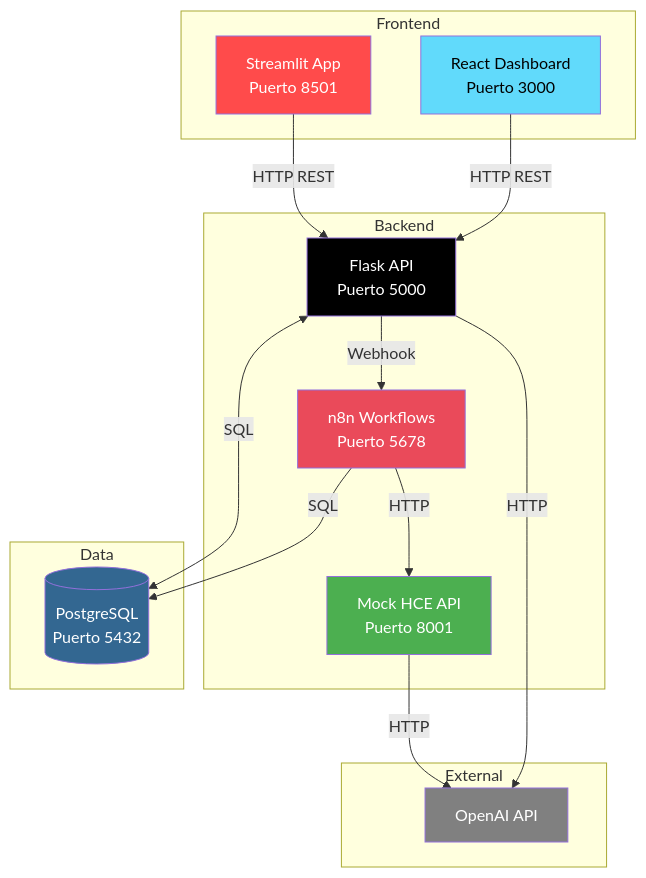
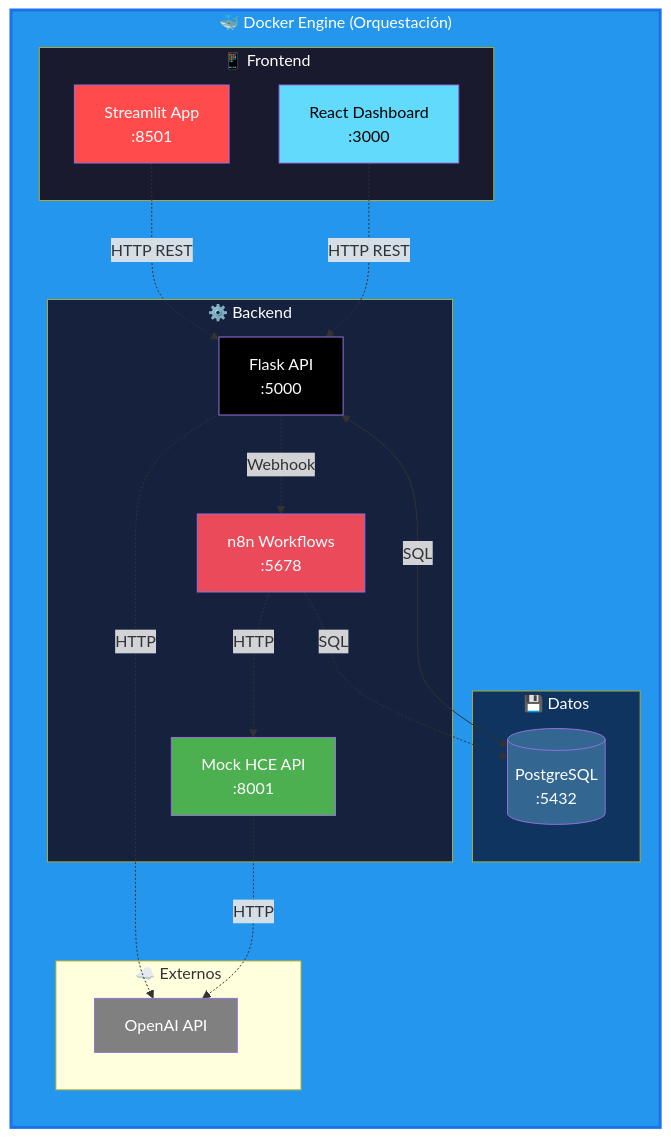
One commit to HrSly11/triaje-ia changed the first of 4 diagrams in README.md. Above: the diagram before and after it, drawn with Mermaid. The commit also changed other lines of this file, not shown here.

Commit message:
docs: actualizar arquitectura README con Docker

````diff
--- a/README.md
+++ b/README.md
@@ -20,38 +20,45 @@
 ```mermaid
 graph TB
-    subgraph Frontend
-        ST[Streamlit App<br/>Puerto 8501]
-        RT[React Dashboard<br/>Puerto 3000]
+    subgraph Docker_Engine["🐳 Docker Engine (Orquestación)"]
+        direction TB
+        subgraph Frontend["📱 Frontend"]
+            ST["Streamlit App<br/>:8501"]
+            RT["React Dashboard<br/>:3000"]
+        end
+
+        subgraph Backend["⚙️ Backend"]
+            API["Flask API<br/>:5000"]
+            N8N["n8n Workflows<br/>:5678"]
+            HCE["Mock HCE API<br/>:8001"]
+        end
+
+        subgraph Data["💾 Datos"]
+            PG[("PostgreSQL<br/>:5432")]
+        end
+
+        subgraph External["☁️ Externos"]
+            OA["OpenAI API"]
+        end
+
+        ST -.->|HTTP REST| API
+        RT -.->|HTTP REST| API
+        API <-->|SQL| PG
+        API -.->|Webhook| N8N
+        N8N -.->|SQL| PG
+        N8N -.->|HTTP| HCE
+        API -.->|HTTP| OA
+        HCE -.->|HTTP| OA
     end
 
-    subgraph Backend
-        API[Flask API<br/>Puerto 5000]
-        N8N[n8n Workflows<br/>Puerto 5678]
-        HCE[Mock HCE API<br/>Puerto 8001]
-    end
-
-    subgraph Data
-        PG[(PostgreSQL<br/>Puerto 5432)]
-    end
-
-    subgraph External
-        OA[OpenAI API]
-    end
-
-    ST -->|HTTP REST| API
-    RT -->|HTTP REST| API
-    API <-->|SQL| PG
-    API -->|Webhook| N8N
-    N8N -->|SQL| PG
-    N8N -->|HTTP| HCE
-    API -->|HTTP| OA
-    HCE -->|HTTP| OA
-
+    style Docker_Engine fill:#2496ed,color:#fff,stroke:#1a73e8,stroke-width:3px
+    style Frontend fill:#1a1a2e,color:#fff
+    style Backend fill:#16213e,color:#fff
+    style Data fill:#0f3460,color:#fff
     style PG fill:#336791,color:#fff
     style API fill:#000,color:#fff
     style N8N fill:#ea4a5a,color:#fff
     style ST fill:#ff4b4b,color:#fff
     style RT fill:#61dafb,color:#000
     style HCE fill:#4caf50,color:#fff
     style OA fill:#808080,color:#fff
 ```
````
